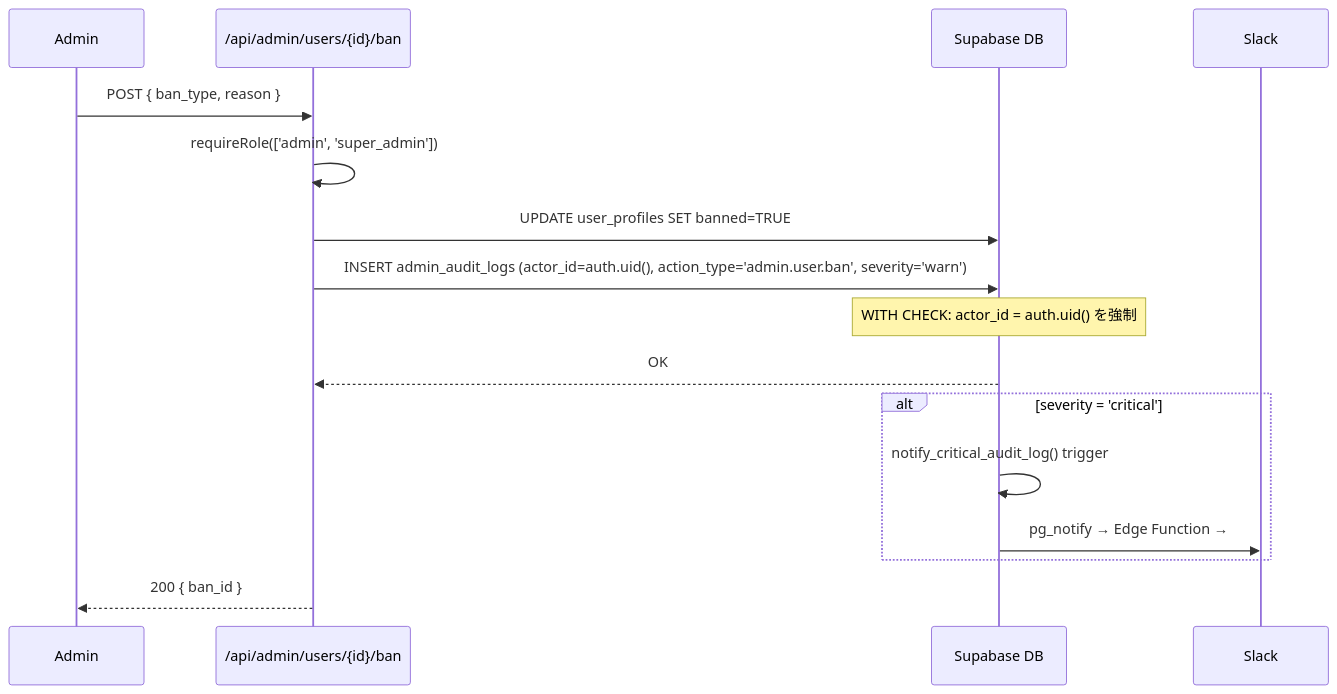
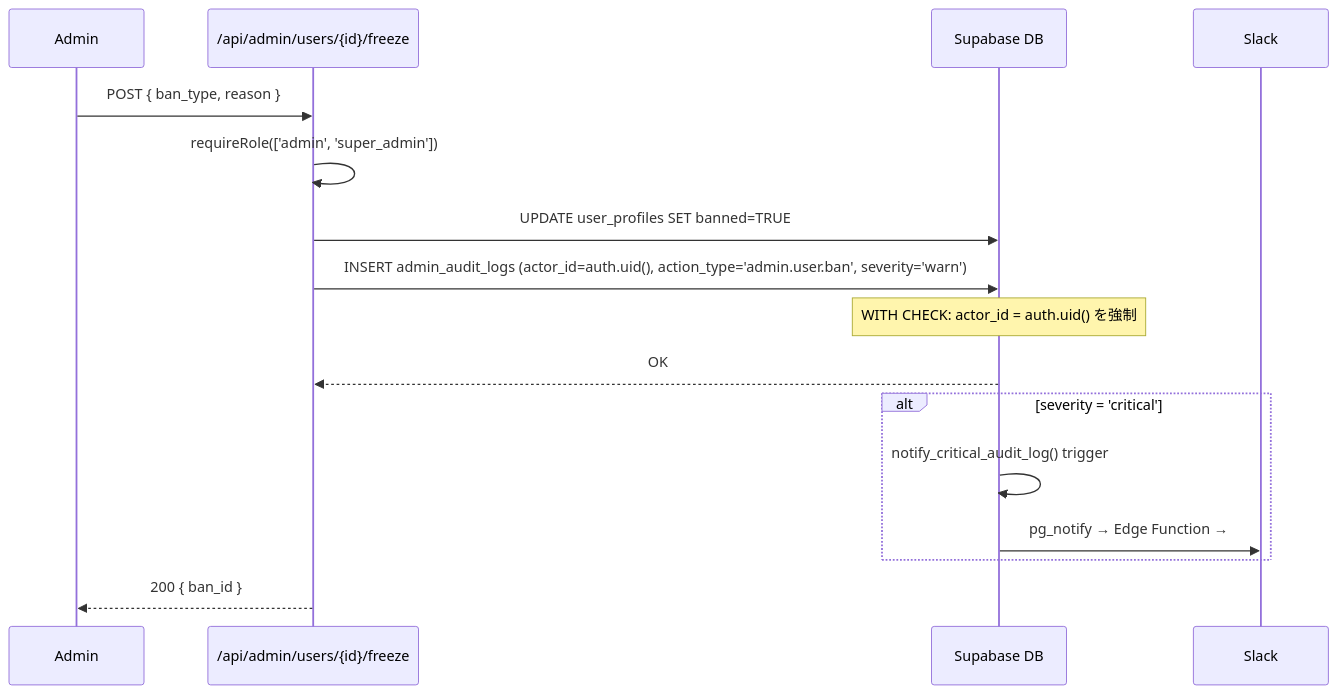
The diagram in docs/design/operator/07-audit-monitoring.md (DaisukeHori/homegohan-app), drawn with Mermaid before and after one commit. The commit also changed 16 other files, not shown here.

````diff
--- a/docs/design/operator/07-audit-monitoring.md
+++ b/docs/design/operator/07-audit-monitoring.md
@@ -835,21 +835,21 @@
 ```mermaid
 sequenceDiagram
   participant Admin
-  participant API as /api/admin/users/{id}/ban
+  participant API as /api/admin/users/{id}/freeze
   participant DB as Supabase DB
   participant Slack
 
   Admin->>API: POST { ban_type, reason }
   API->>API: requireRole(['admin', 'super_admin'])
   API->>DB: UPDATE user_profiles SET banned=TRUE
   API->>DB: INSERT admin_audit_logs (actor_id=auth.uid(), action_type='admin.user.ban', severity='warn')
   Note over DB: WITH CHECK: actor_id = auth.uid() を強制
   DB-->>API: OK
 
   alt severity = 'critical'
     DB->>DB: notify_critical_audit_log() trigger
     DB->>Slack: pg_notify → Edge Function → #incident
   end
 
   API-->>Admin: 200 { ban_id }
 ```
````
